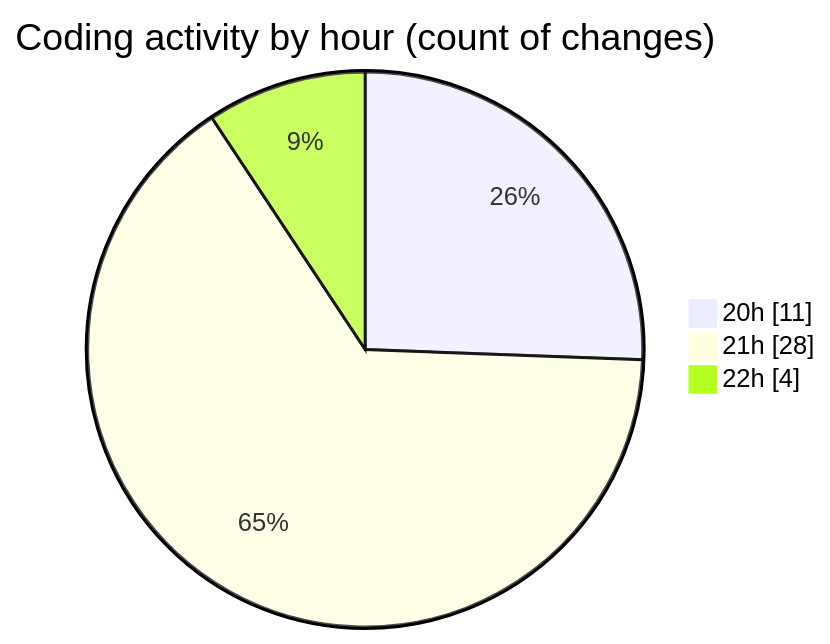
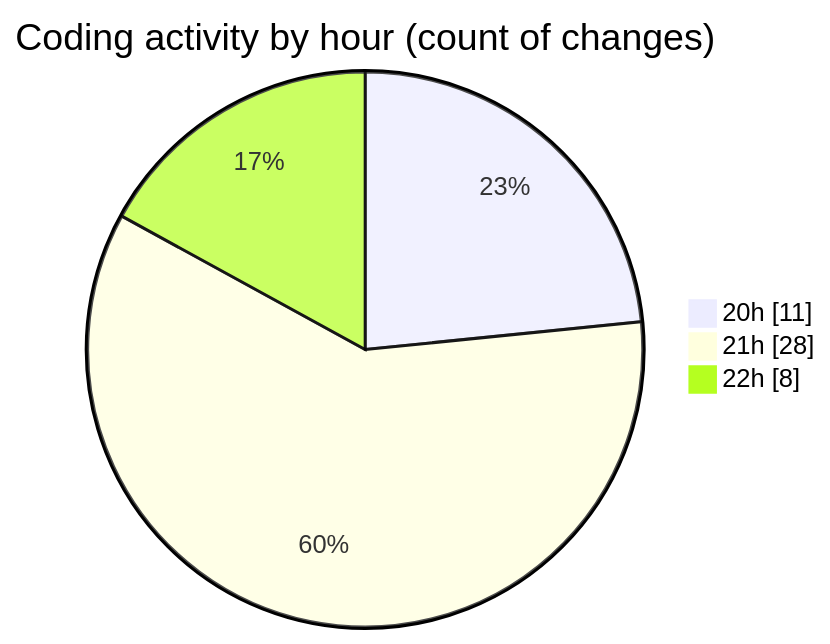
One commit to MatusMokan/code-tracking changed the second of 2 diagrams in 2025-04-10/myws__workspace_/README.md. Above: the diagram before and after it, drawn with Mermaid. The commit also changed other lines of this file and 1 other file, not shown here.

````diff
--- a/2025-04-10/myws__workspace_/README.md
+++ b/2025-04-10/myws__workspace_/README.md
@@ -30,7 +30,7 @@
 ```mermaid
 pie showData
 title Coding activity by hour (count of changes)
 "20h" : 11
 "21h" : 28
-"22h" : 4
+"22h" : 8
 ```
````
